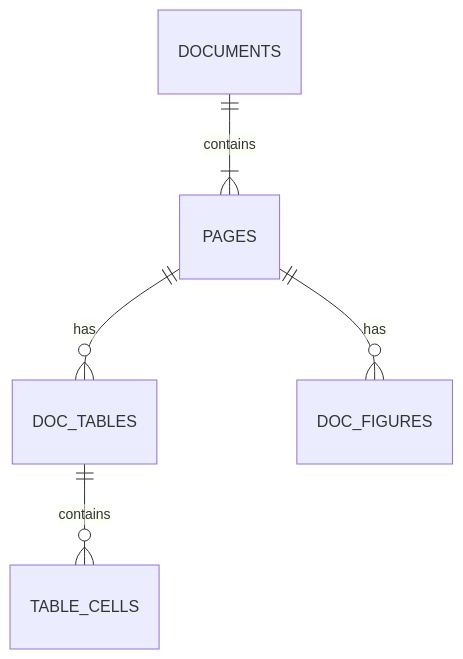
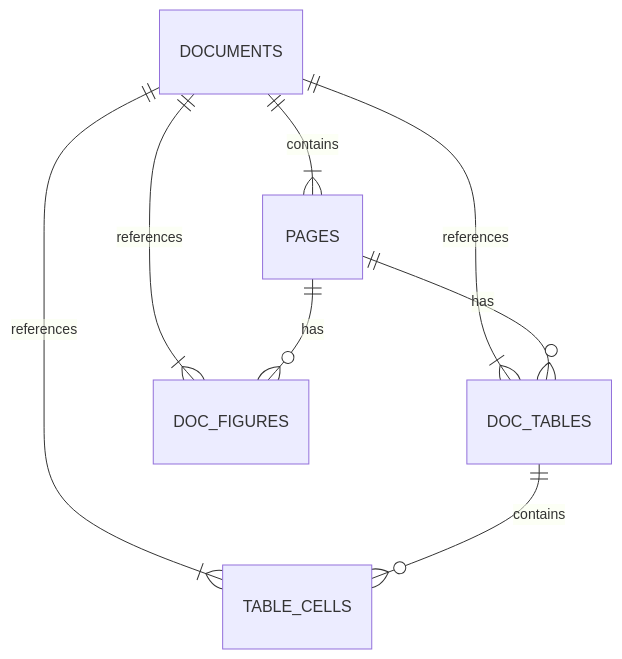
Before and after one commit to hicouquebye/ESG_Dashboard: the diagram in docs/DB_SCHEMA.md, drawn with Mermaid. The commit also changed other lines of this file and 1 other file, not shown here.

````diff
--- a/docs/DB_SCHEMA.md
+++ b/docs/DB_SCHEMA.md
@@ -7,7 +7,10 @@
 ```mermaid
 erDiagram
     DOCUMENTS ||--|{ PAGES : contains
+    DOCUMENTS ||--|{ DOC_TABLES : references
+    DOCUMENTS ||--|{ DOC_FIGURES : references
+    DOCUMENTS ||--|{ TABLE_CELLS : references
     PAGES ||--o{ DOC_TABLES : has
     PAGES ||--o{ DOC_FIGURES : has
     DOC_TABLES ||--o{ TABLE_CELLS : contains
 ```
````
